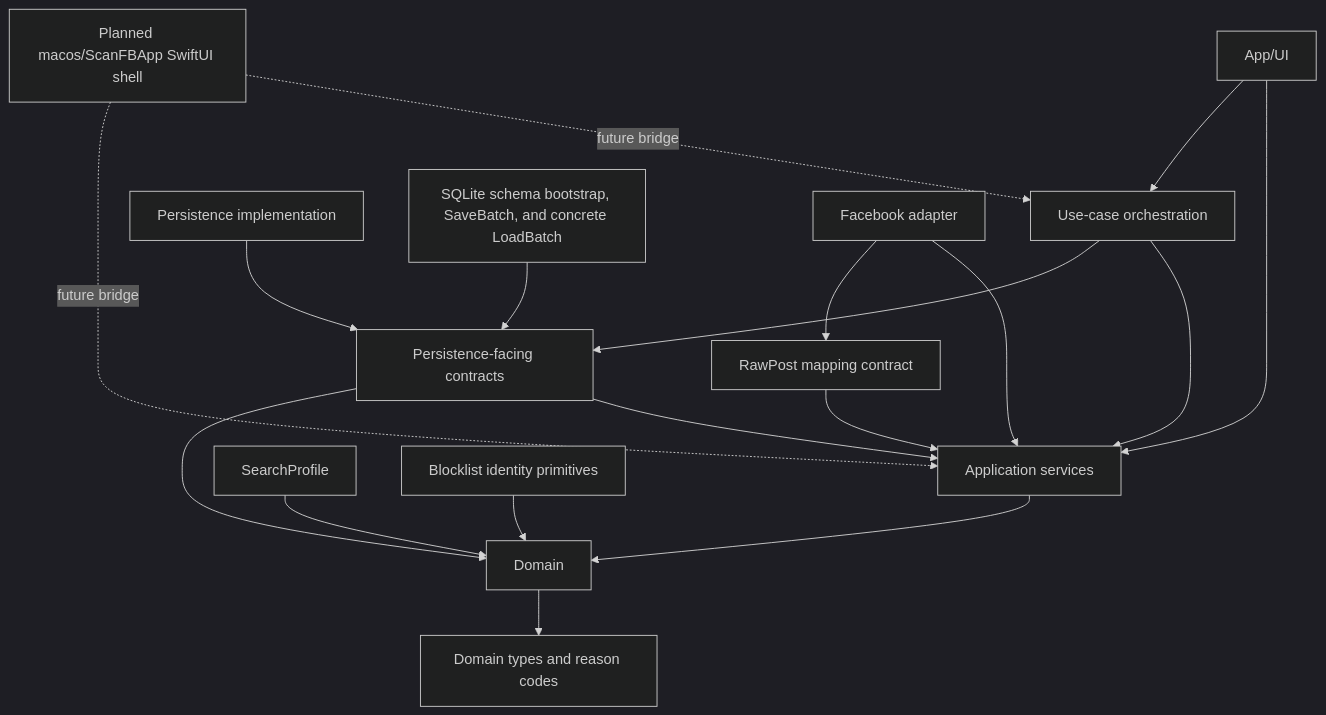
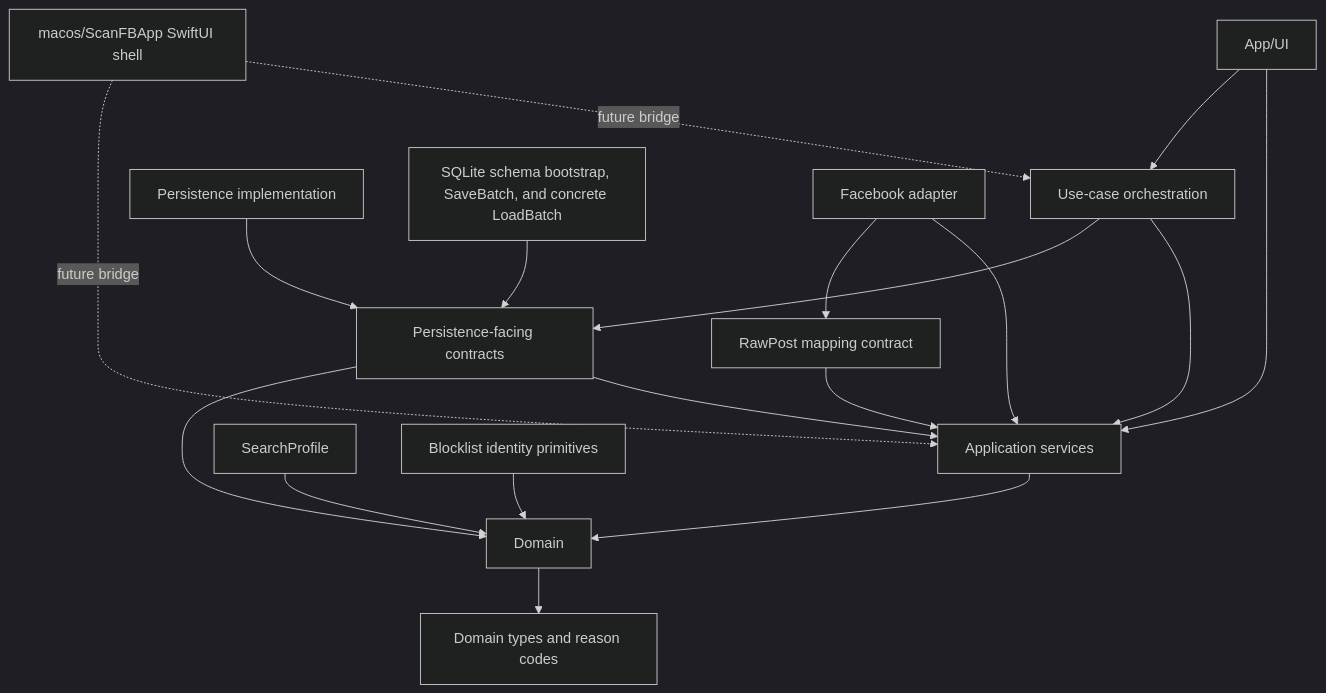
The diagram in docs/CODE_GRAPH.md (soleda2026/ScanFB), drawn with Mermaid (dark theme) before and after one commit. The commit also changed other lines of this file and 16 other files, not shown here.

Commit message:
feat(ui): add native macOS SwiftUI app shell

````diff
--- a/docs/CODE_GRAPH.md
+++ b/docs/CODE_GRAPH.md
@@ -7,20 +7,20 @@
 ```mermaid
 flowchart TD
     UI["App/UI"] --> APP["Application services"]
     UI --> ORCH["Use-case orchestration"]
     ORCH --> APP
     ORCH --> PERSIST_CONTRACT
     APP --> DOMAIN["Domain"]
     PERSIST_CONTRACT["Persistence-facing contracts"] --> APP
     PERSIST_CONTRACT --> DOMAIN
     PERSIST_IMPL["Persistence implementation"] --> PERSIST_CONTRACT
     SQLITE["SQLite schema bootstrap, SaveBatch, and concrete LoadBatch"] --> PERSIST_CONTRACT
-    MACOS_APP["Planned macos/ScanFBApp SwiftUI shell"] -.future bridge.-> ORCH
+    MACOS_APP["macos/ScanFBApp SwiftUI shell"] -.future bridge.-> ORCH
     MACOS_APP -.future bridge.-> APP
     FB["Facebook adapter"] --> APP
     FB --> RAW["RawPost mapping contract"]
     RAW --> APP
     PROFILE["SearchProfile"] --> DOMAIN
     DOMAIN --> TYPES["Domain types and reason codes"]
     BLOCKLIST["Blocklist identity primitives"] --> DOMAIN
 ```
````
